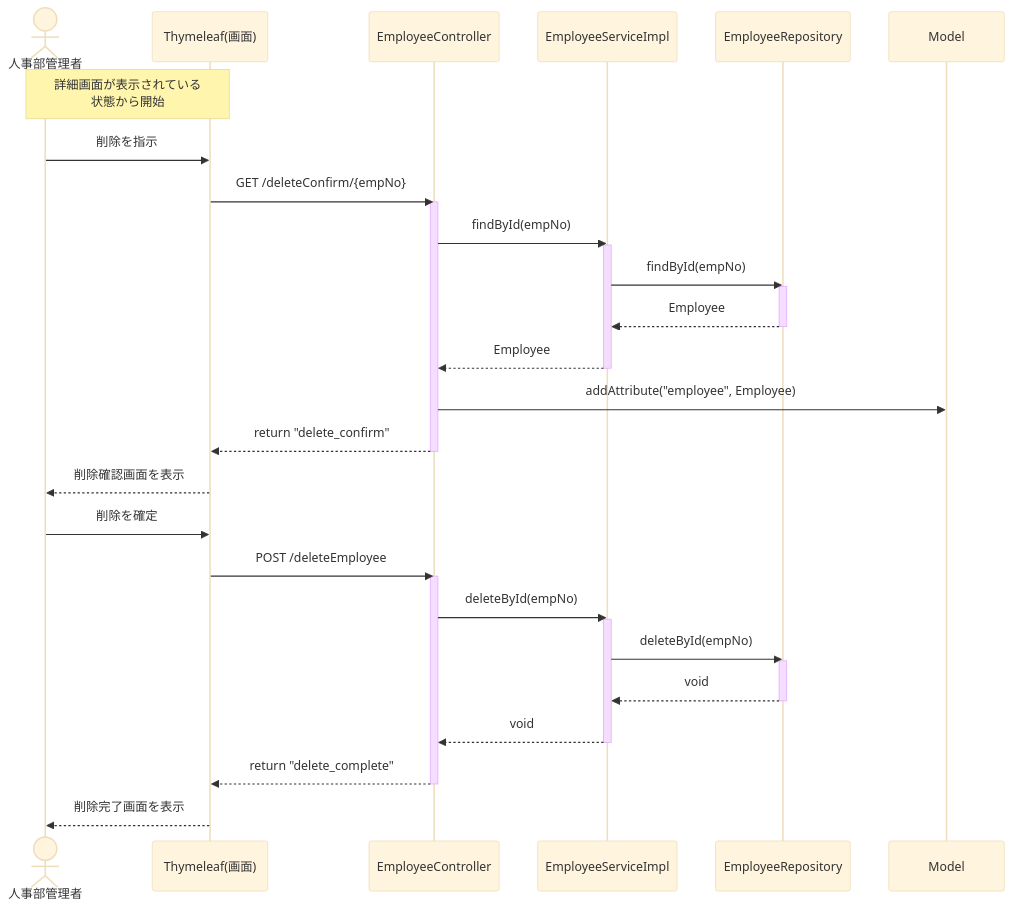
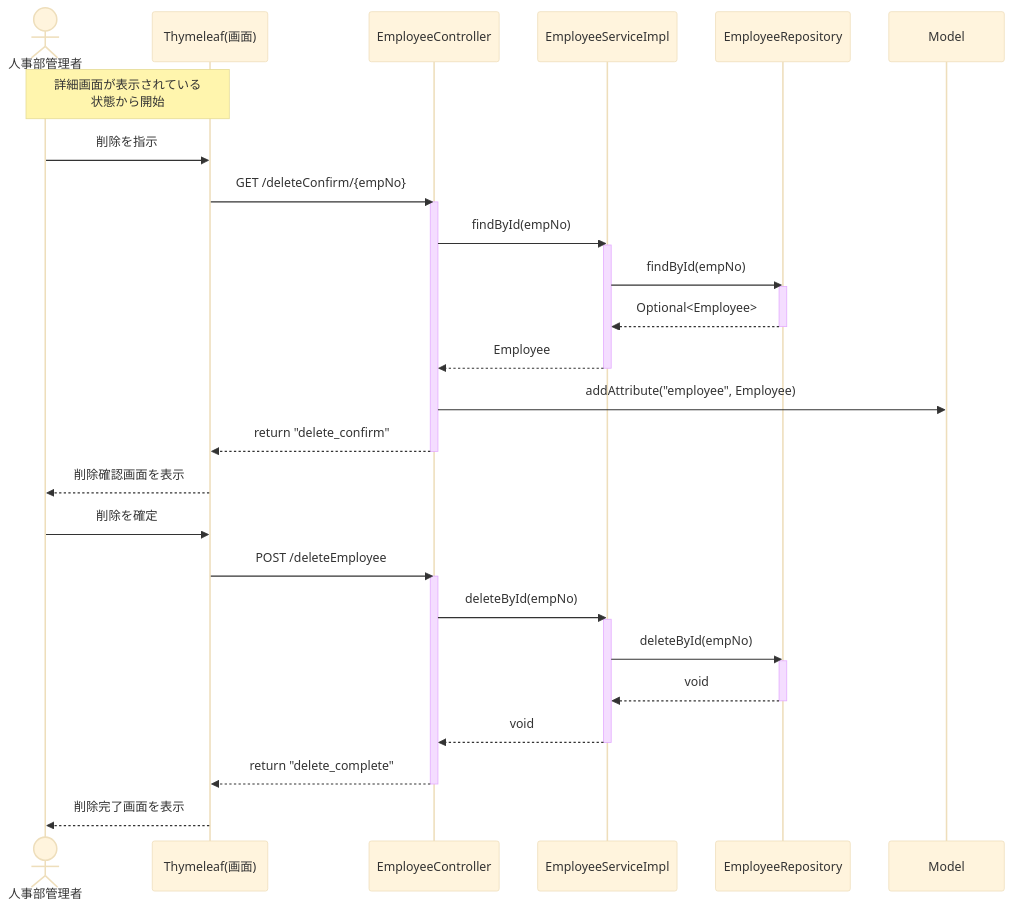
Diagram 29 of 29 in EIMS_Comprehensive_Exercise_Guide.md (juyeongjung1/NewEIMS), drawn with Mermaid (base theme) before and after one commit. The commit also changed other lines of this file and 21 other files, not shown here.

````diff
--- a/EIMS_Comprehensive_Exercise_Guide.md
+++ b/EIMS_Comprehensive_Exercise_Guide.md
@@ -2228,41 +2230,41 @@
 ```mermaid
 sequenceDiagram
     actor Admin as 人事部管理者
     participant View as Thymeleaf(画面)
     participant Ctrl as EmployeeController
     participant Svc as EmployeeServiceImpl
     participant Rep as EmployeeRepository
     participant Model as Model
 
     note over Admin, View: 詳細画面が表示されている<br/>状態から開始
     Admin ->> View: 削除を指示
     View ->> Ctrl: GET /deleteConfirm/{empNo}
     activate Ctrl
     Ctrl ->> Svc: findById(empNo)
     activate Svc
     Svc ->> Rep: findById(empNo)
     activate Rep
-    Rep -->> Svc: Employee
+    Rep -->> Svc: Optional<Employee>
     deactivate Rep
     Svc -->> Ctrl: Employee
     deactivate Svc
     Ctrl ->> Model: addAttribute("employee", Employee)
     Ctrl -->> View: return "delete_confirm"
     deactivate Ctrl
     View -->> Admin: 削除確認画面を表示
   
     Admin ->> View: 削除を確定
     View ->> Ctrl: POST /deleteEmployee
     activate Ctrl
     Ctrl ->> Svc: deleteById(empNo)
     activate Svc
     Svc ->> Rep: deleteById(empNo)
     activate Rep
     Rep -->> Svc: void
     deactivate Rep
     Svc -->> Ctrl: void
     deactivate Svc
     Ctrl -->> View: return "delete_complete"
     deactivate Ctrl
     View -->> Admin: 削除完了画面を表示
 ```
````
